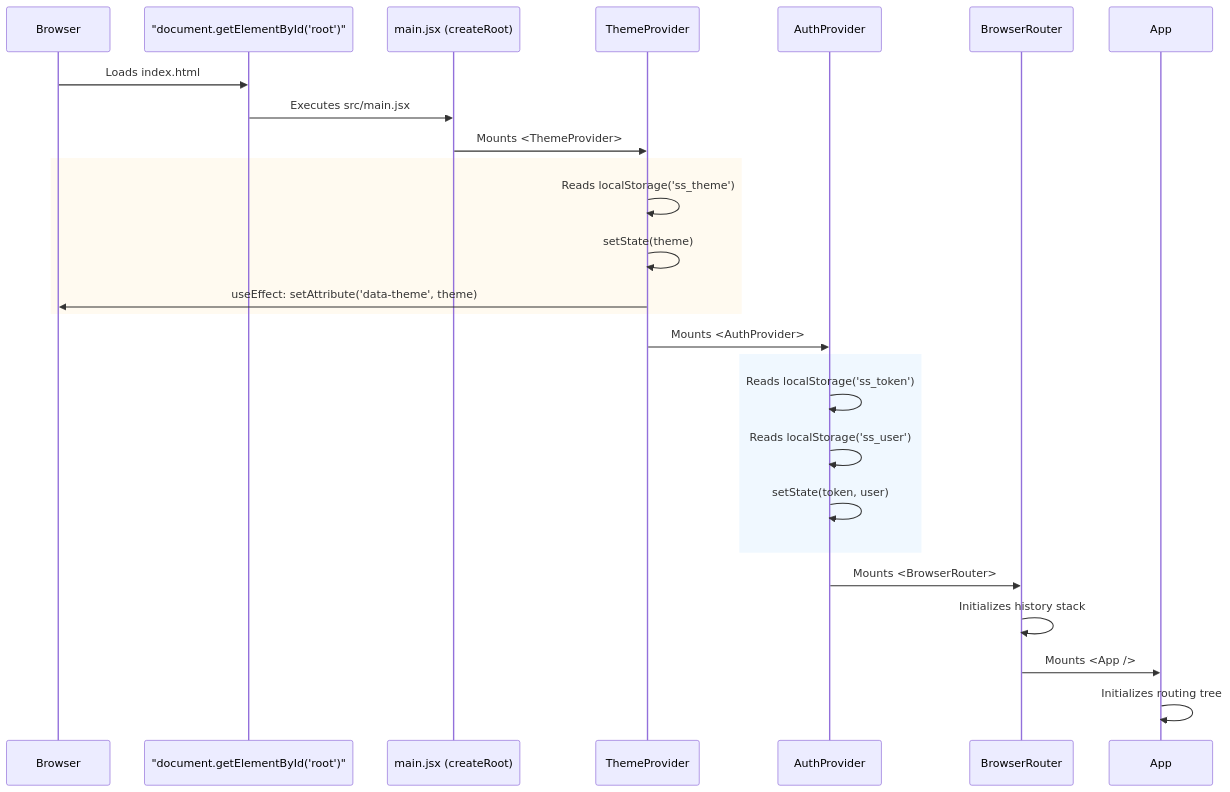
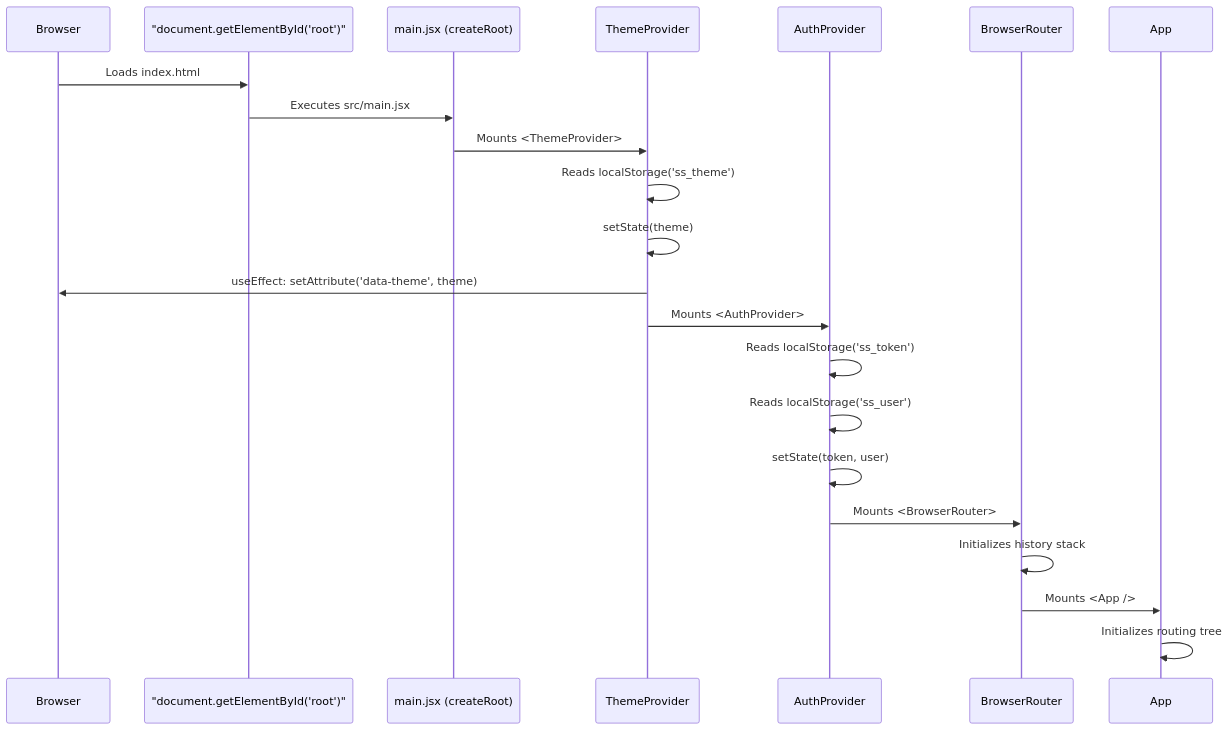
One commit to Gurry-12/insurance-policy-claim-management-app-ui changed the diagram in docs/deep-dives/01-Architecture-and-Global-Flow-Deep-Dive.md. Above: the diagram before and after it, drawn with Mermaid. The commit also changed 2 other files, not shown here.

Commit message:
docs: Remove hardcoded Mermaid styling to support GitHub Light/Dark themes

````diff
--- a/docs/deep-dives/01-Architecture-and-Global-Flow-Deep-Dive.md
+++ b/docs/deep-dives/01-Architecture-and-Global-Flow-Deep-Dive.md
@@ -12,34 +12,30 @@
 ```mermaid
 sequenceDiagram
     participant Browser
     participant DOM as "document.getElementById('root')"
     participant Main as main.jsx (createRoot)
     participant Theme as ThemeProvider
     participant Auth as AuthProvider
     participant Router as BrowserRouter
     participant App as App
 
     Browser->>DOM: Loads index.html
     DOM->>Main: Executes src/main.jsx
     Main->>Theme: Mounts <ThemeProvider>
     
-    rect rgb(255, 250, 240)
         Theme->>Theme: Reads localStorage('ss_theme')
         Theme->>Theme: setState(theme)
         Theme->>Browser: useEffect: setAttribute('data-theme', theme)
-    end
     
     Theme->>Auth: Mounts <AuthProvider>
     
-    rect rgb(240, 248, 255)
         Auth->>Auth: Reads localStorage('ss_token')
         Auth->>Auth: Reads localStorage('ss_user')
         Auth->>Auth: setState(token, user)
-    end
     
     Auth->>Router: Mounts <BrowserRouter>
     Router->>Router: Initializes history stack
     
     Router->>App: Mounts <App />
     App->>App: Initializes routing tree
 ```
````
